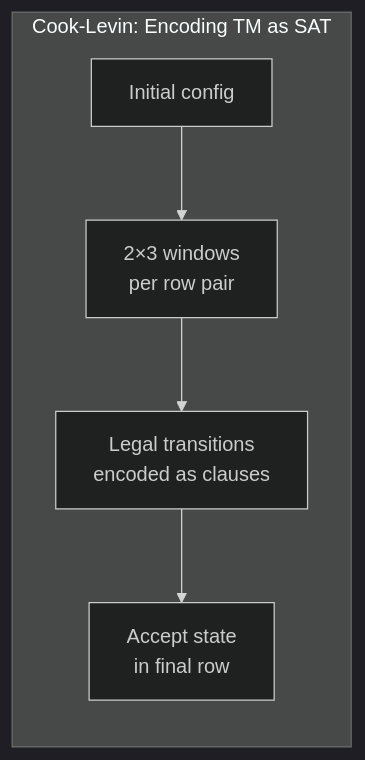
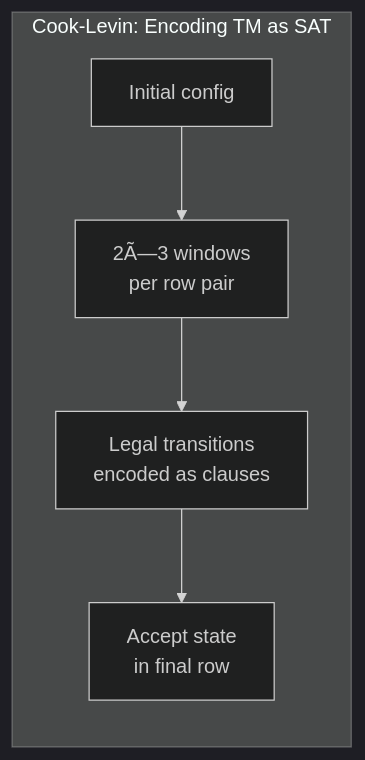
The second of 4 diagrams in docs/courses/theory-of-computation/13-time-complexity.md (Raushan666java/ai-engineering-journey), drawn with Mermaid (dark theme) before and after one commit. The commit also changed other lines of this file and 735 other files, not shown here.

````diff
--- a/docs/courses/theory-of-computation/13-time-complexity.md
+++ b/docs/courses/theory-of-computation/13-time-complexity.md
@@ -199,8 +199,8 @@
 ```mermaid
 flowchart LR
     subgraph "Cook-Levin: Encoding TM as SAT"
-        INIT["Initial config"] --> WINDOW["2×3 windows<br/>per row pair"]
+        INIT["Initial config"] --> WINDOW["2Ã—3 windows<br/>per row pair"]
         WINDOW --> TRANS["Legal transitions<br/>encoded as clauses"]
         TRANS --> ACCEPT["Accept state<br/>in final row"]
     end
 ```
````
